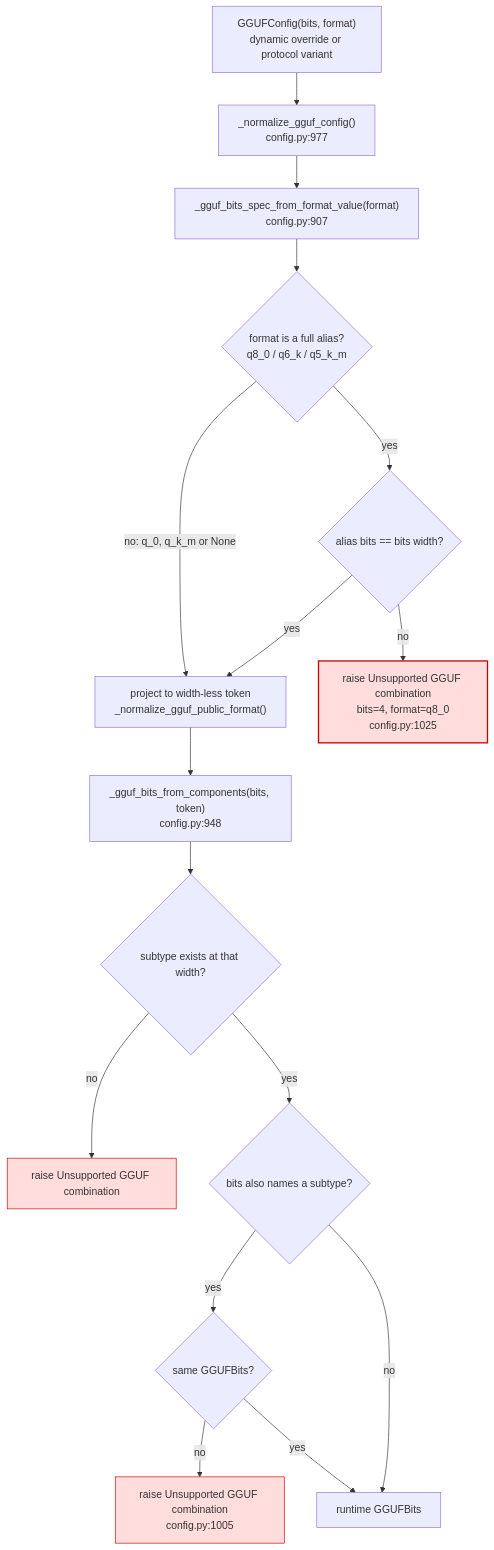
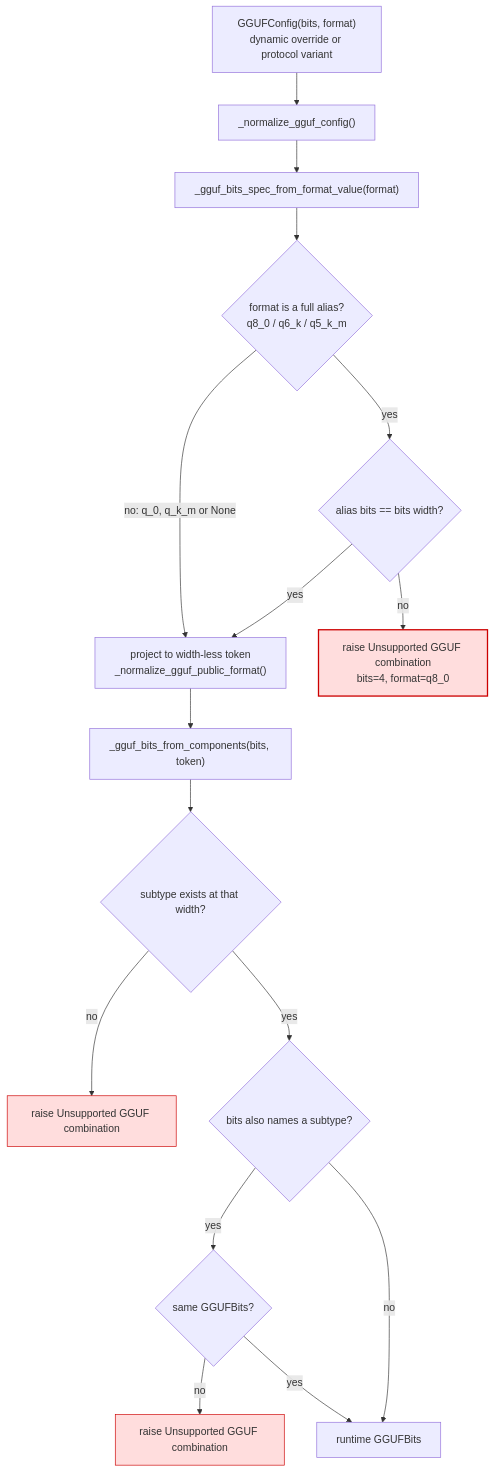
One commit to ModelCloud/GPTQModel changed the first of 2 diagrams in docs/gguf-config-resolution.md. Above: the diagram before and after it, drawn with Mermaid. The commit also changed other lines of this file and 2458 other files, not shown here.

````diff
--- a/docs/gguf-config-resolution.md
+++ b/docs/gguf-config-resolution.md
@@ -24,22 +24,22 @@
 ```mermaid
 flowchart TD
-    A["GGUFConfig(bits, format)<br/>dynamic override or protocol variant"] --> B["_normalize_gguf_config()<br/>config.py:977"]
-    B --> C["_gguf_bits_spec_from_format_value(format)<br/>config.py:907"]
+    A["GGUFConfig(bits, format)<br/>dynamic override or protocol variant"] --> B["_normalize_gguf_config()"]
+    B --> C["_gguf_bits_spec_from_format_value(format)"]
     C --> D{"format is a full alias?<br/>q8_0 / q6_k / q5_k_m"}
     D -->|no: q_0, q_k_m or None| E["project to width-less token<br/>_normalize_gguf_public_format()"]
     D -->|yes| F{"alias bits == bits width?"}
-    F -->|no| R1["raise Unsupported GGUF combination<br/>bits=4, format=q8_0<br/>config.py:1025"]
+    F -->|no| R1["raise Unsupported GGUF combination<br/>bits=4, format=q8_0"]
     F -->|yes| E
-    E --> G["_gguf_bits_from_components(bits, token)<br/>config.py:948"]
+    E --> G["_gguf_bits_from_components(bits, token)"]
     G --> H{"subtype exists at that width?"}
     H -->|no| R2["raise Unsupported GGUF combination"]
     H -->|yes| I{"bits also names a subtype?"}
     I -->|yes| J{"same GGUFBits?"}
-    J -->|no| R3["raise Unsupported GGUF combination<br/>config.py:1005"]
+    J -->|no| R3["raise Unsupported GGUF combination"]
     J -->|yes| K["runtime GGUFBits"]
     I -->|no| K
 
     style R1 fill:#fdd,stroke:#c00,stroke-width:2px
     style R2 fill:#fdd,stroke:#c00
     style R3 fill:#fdd,stroke:#c00
 ```
````
